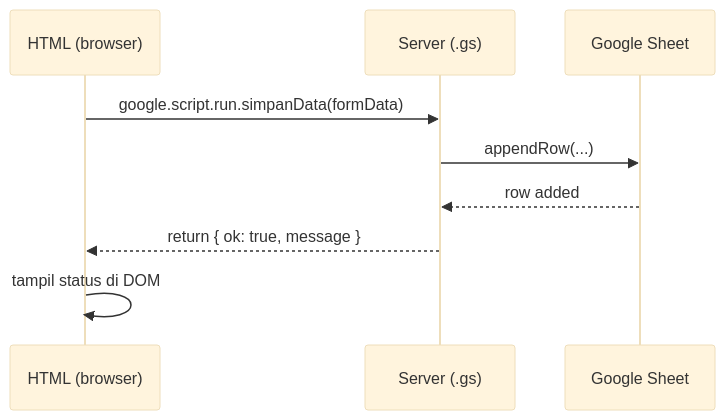
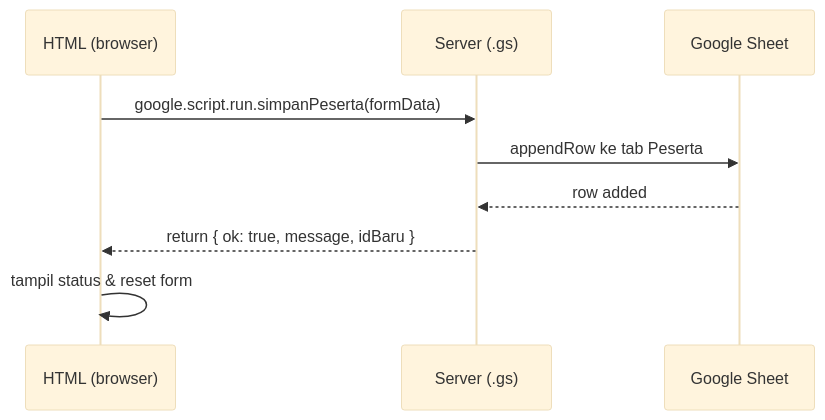
The second of 4 diagrams in Modul-5-Building-UI-Forms/materi.md (githubna-ilham/google-script), drawn with Mermaid (base theme) before and after one commit. The commit also changed other lines of this file and 1 other file, not shown here.

````diff
--- a/Modul-5-Building-UI-Forms/materi.md
+++ b/Modul-5-Building-UI-Forms/materi.md
@@ -317,11 +364,11 @@
 ```mermaid
 sequenceDiagram
     participant H as HTML (browser)
     participant S as Server (.gs)
     participant Sheet as Google Sheet
-    H->>S: google.script.run.simpanData(formData)
-    S->>Sheet: appendRow(...)
+    H->>S: google.script.run.simpanPeserta(formData)
+    S->>Sheet: appendRow ke tab Peserta
     Sheet-->>S: row added
-    S-->>H: return { ok: true, message }
-    H->>H: tampil status di DOM
+    S-->>H: return { ok: true, message, idBaru }
+    H->>H: tampil status & reset form
 ```
````
